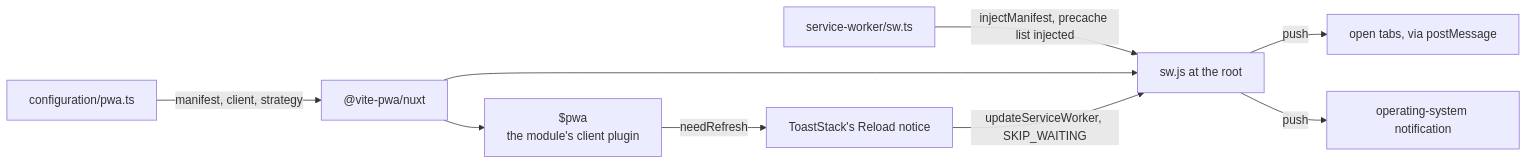
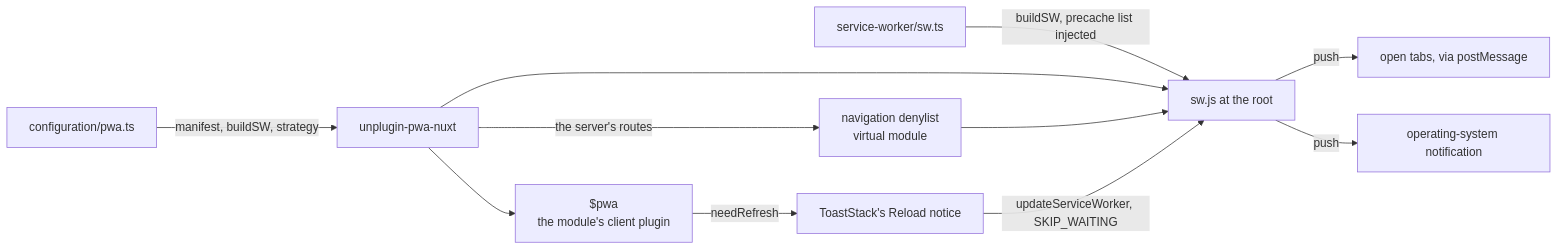
Before and after one commit to Esposter/Esposter: the diagram in openspec/specs/architecture/pwa/design.md, drawn with Mermaid. The commit also changed other lines of this file and 62 other files, not shown here.

First line of the commit message:
feat: unplugin-pwa-nuxt, the Nuxt 5 PWA module on @unplugin-pwa/vite, replaces @vite-pwa/nuxt in apps/web

````diff
--- a/openspec/specs/architecture/pwa/design.md
+++ b/openspec/specs/architecture/pwa/design.md
@@ -7,11 +7,13 @@
 ```mermaid
 flowchart LR
-  Src["service-worker/sw.ts"] -->|injectManifest, precache list injected| SW["sw.js at the root"]
-  Cfg["configuration/pwa.ts"] -->|manifest, client, strategy| Mod["@vite-pwa/nuxt"]
+  Src["service-worker/sw.ts"] -->|buildSW, precache list injected| SW["sw.js at the root"]
+  Cfg["configuration/pwa.ts"] -->|manifest, buildSW, strategy| Mod["unplugin-pwa-nuxt"]
   Mod --> SW
+  Mod -->|the server's routes| Deny["navigation denylist<br/>virtual module"]
+  Deny --> SW
   Mod --> Plugin["$pwa<br/>the module's client plugin"]
   Plugin -->|needRefresh| Toast["ToastStack's Reload notice"]
   Toast -->|updateServiceWorker, SKIP_WAITING| SW
   SW -->|push| Tabs["open tabs, via postMessage"]
   SW -->|push| OS["operating-system notification"]
 ```
````
